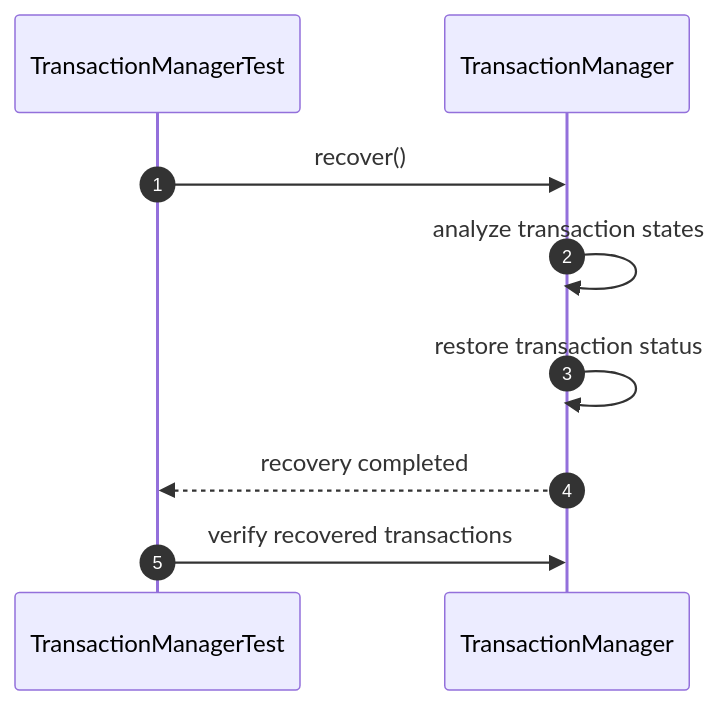
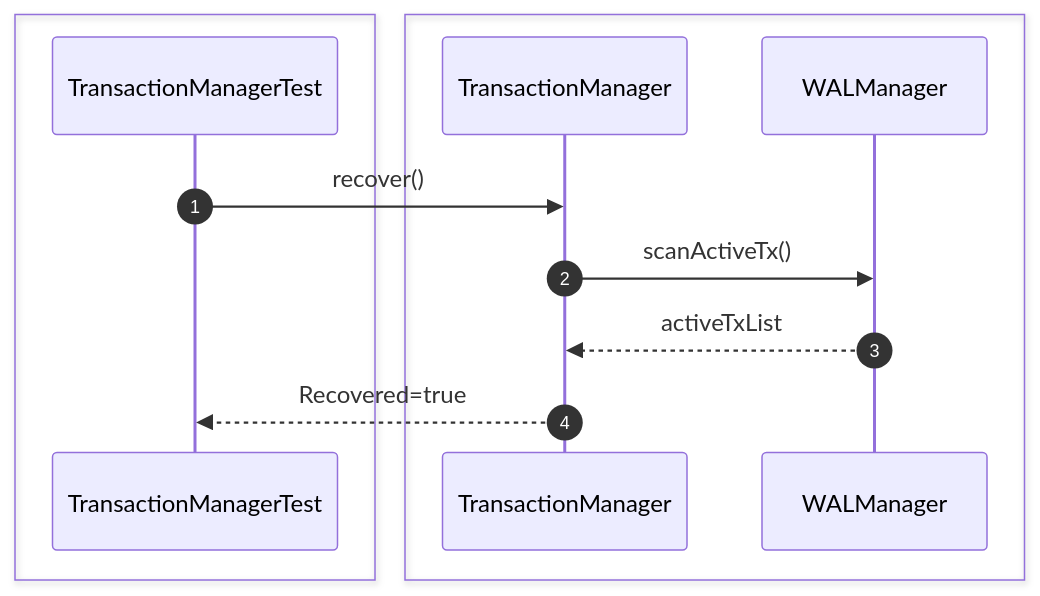
The fourth of 54 diagrams in src/sequence/transaction.md (Huy1801214/dbms-architecture), drawn with Mermaid before and after one commit. The commit also changed other lines of this file and 10 other files, not shown here.

Commit message:
add comprehensive sequence diagrams and documentation for system architecture and unit testing specifications

````diff
--- a/src/sequence/transaction.md
+++ b/src/sequence/transaction.md
@@ -82,17 +65,17 @@
 ```mermaid
 sequenceDiagram
     autonumber
 
+    box #e1f5fe Test Suite
     participant Test as TransactionManagerTest
+    end
+    box #ffebee Transaction Components
     participant Manager as TransactionManager
+    participant WAL as WALManager
+    end
 
     Test->>Manager: recover()
-
-    Manager->>Manager: analyze transaction states
-
-    Manager->>Manager: restore transaction status
-
-    Manager-->>Test: recovery completed
-
-    Test->>Manager: verify recovered transactions
+    Manager->>WAL: scanActiveTx()
+    WAL-->>Manager: activeTxList
+    Manager-->>Test: Recovered=true
 ```
````
